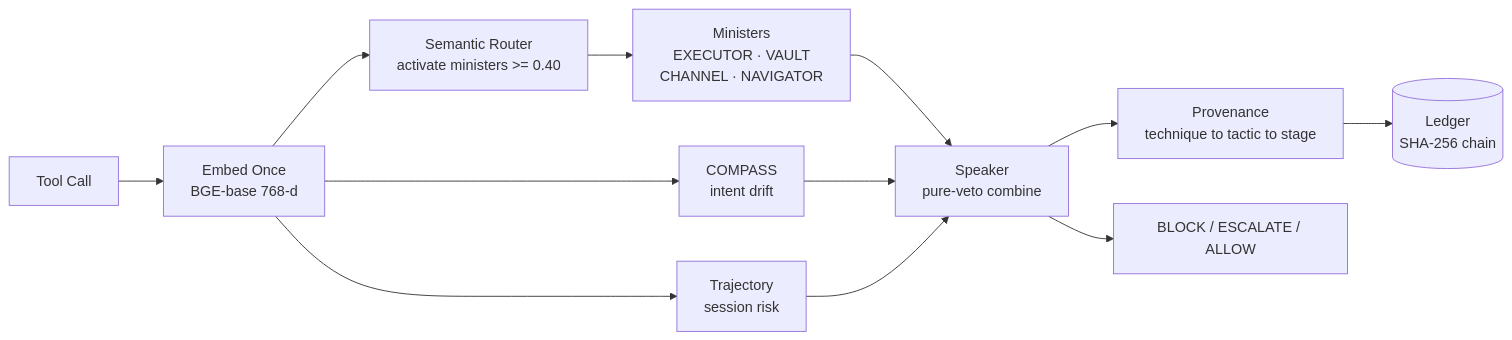
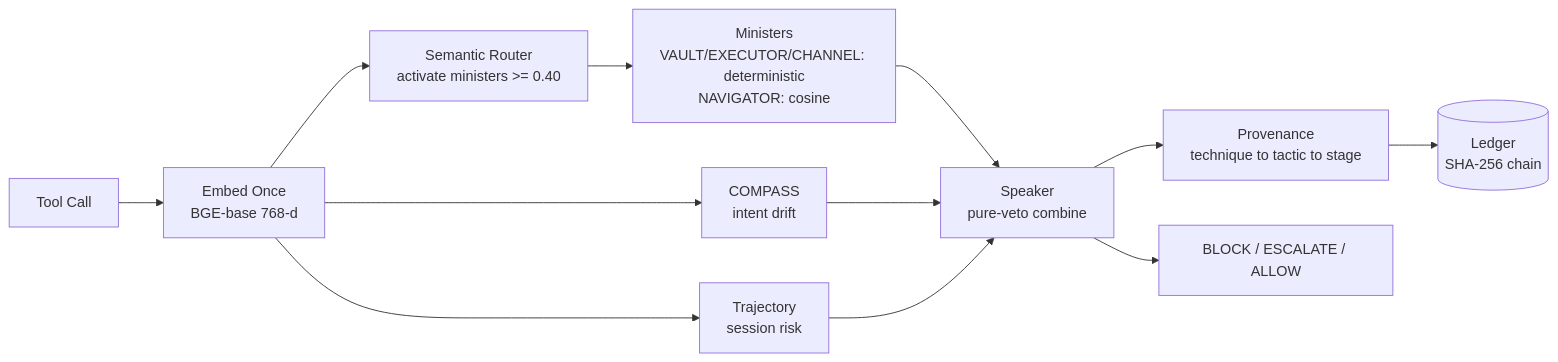
Before and after one commit to Ishani018/Kavach: the first of 5 diagrams in README.md, drawn with Mermaid. The commit also changed other lines of this file, not shown here.

````diff
--- a/README.md
+++ b/README.md
@@ -35,14 +118,14 @@
 ```mermaid
 flowchart LR
   A["Tool Call"] --> B["Embed Once<br/>BGE-base 768-d"]
   B --> R["Semantic Router<br/>activate ministers >= 0.40"]
-  R --> M["Ministers<br/>EXECUTOR · VAULT<br/>CHANNEL · NAVIGATOR"]
+  R --> M["Ministers<br/>VAULT/EXECUTOR/CHANNEL: deterministic<br/>NAVIGATOR: cosine"]
   B --> CO["COMPASS<br/>intent drift"]
   B --> T["Trajectory<br/>session risk"]
   M --> S["Speaker<br/>pure-veto combine"]
   CO --> S
   T --> S
   S --> P["Provenance<br/>technique to tactic to stage"]
   P --> L[("Ledger<br/>SHA-256 chain")]
   S --> V["BLOCK / ESCALATE / ALLOW"]
 ```
````
